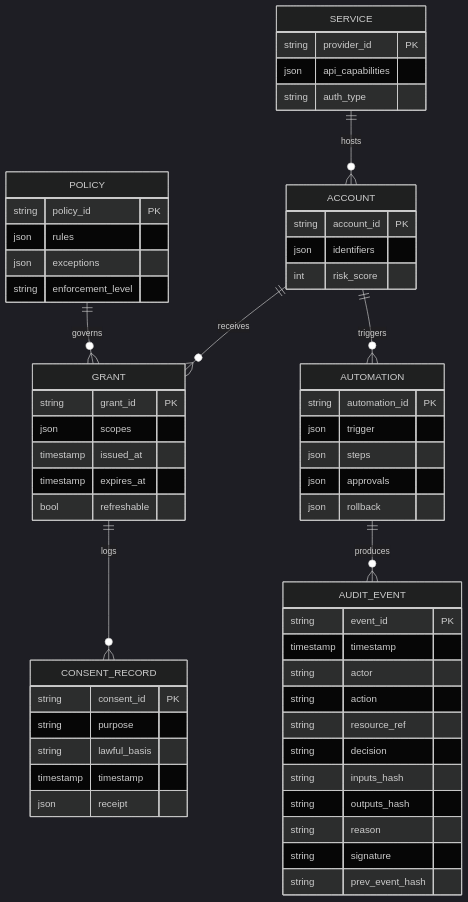
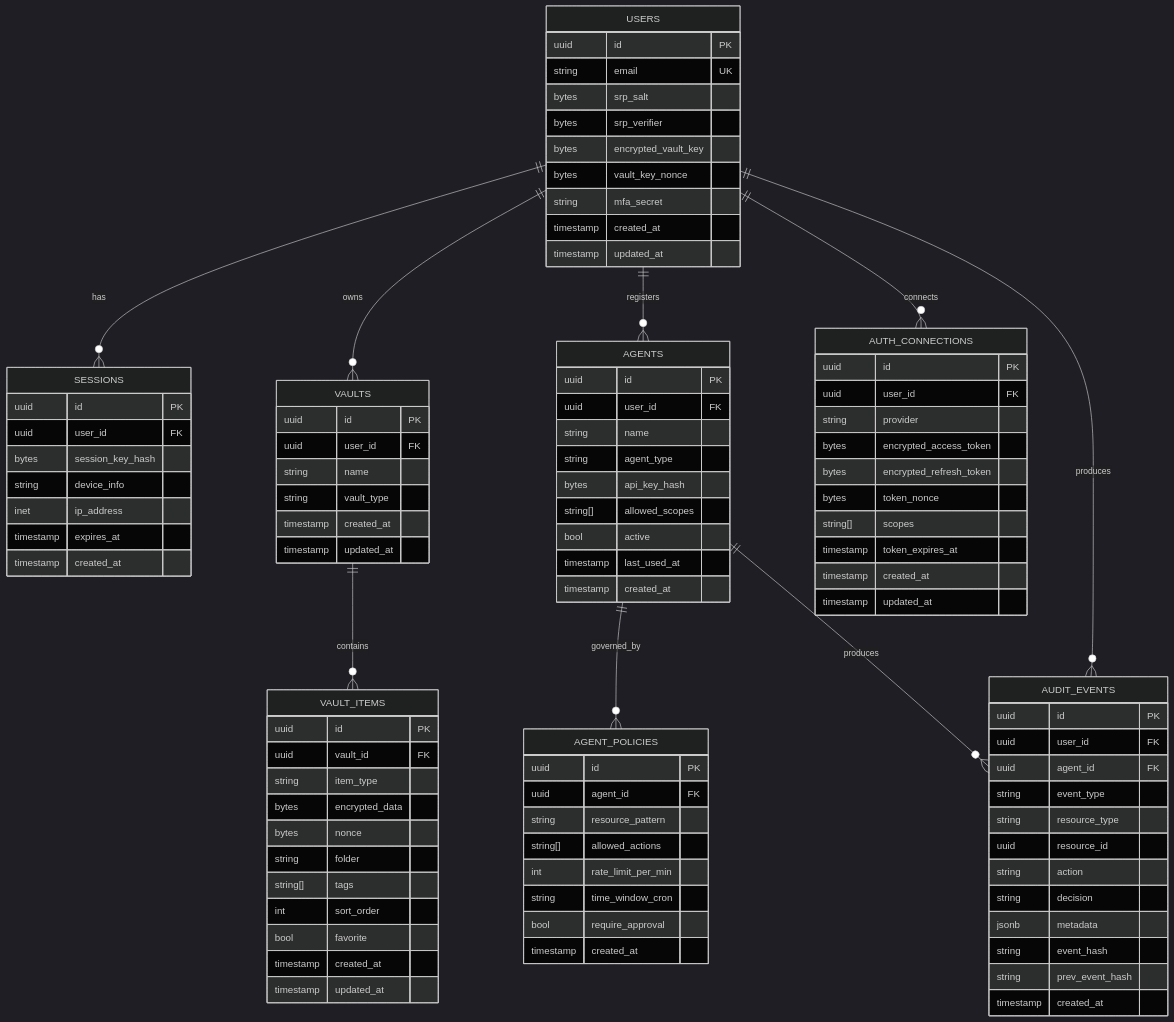
Before and after one commit to MARUCIE/authbox: the fourth of 5 diagrams in doc/00_project/initiative_10_auth_box/SYSTEM_ARCHITECTURE.md, drawn with Mermaid (dark theme). The commit also changed other lines of this file and 202 other files, not shown here.

First line of the commit message:
feat(arch): v2 zero-knowledge architecture with DDD layering

````diff
--- a/doc/00_project/initiative_10_auth_box/SYSTEM_ARCHITECTURE.md
+++ b/doc/00_project/initiative_10_auth_box/SYSTEM_ARCHITECTURE.md
@@ -74,60 +164,107 @@
 ```mermaid
 erDiagram
-    SERVICE ||--o{ ACCOUNT : "hosts"
-    ACCOUNT ||--o{ GRANT : "receives"
-    GRANT ||--o{ CONSENT_RECORD : "logs"
-    POLICY ||--o{ GRANT : "governs"
-    ACCOUNT ||--o{ AUTOMATION : "triggers"
-    AUTOMATION ||--o{ AUDIT_EVENT : "produces"
+    USERS ||--o{ SESSIONS : "has"
+    USERS ||--o{ VAULTS : "owns"
+    VAULTS ||--o{ VAULT_ITEMS : "contains"
+    USERS ||--o{ AGENTS : "registers"
+    AGENTS ||--o{ AGENT_POLICIES : "governed_by"
+    USERS ||--o{ AUTH_CONNECTIONS : "connects"
+    USERS ||--o{ AUDIT_EVENTS : "produces"
+    AGENTS ||--o{ AUDIT_EVENTS : "produces"
 
-    SERVICE {
-        string provider_id PK
-        json api_capabilities
-        string auth_type
+    USERS {
+        uuid id PK
+        string email UK
+        bytes srp_salt
+        bytes srp_verifier
+        bytes encrypted_vault_key
+        bytes vault_key_nonce
+        string mfa_secret
+        timestamp created_at
+        timestamp updated_at
     }
-    ACCOUNT {
-        string account_id PK
-        json identifiers
-        int risk_score
+
+    SESSIONS {
+        uuid id PK
+        uuid user_id FK
+        bytes session_key_hash
+        string device_info
+        inet ip_address
+        timestamp expires_at
+        timestamp created_at
     }
-    GRANT {
-        string grant_id PK
-        json scopes
-        timestamp issued_at
-        timestamp expires_at
-        bool refreshable
+
+    VAULTS {
+        uuid id PK
+        uuid user_id FK
+        string name
+        string vault_type
+        timestamp created_at
+        timestamp updated_at
     }
-    CONSENT_RECORD {
-        string consent_id PK
-        string purpose
-        string lawful_basis
-        timestamp timestamp
-        json receipt
+
+    VAULT_ITEMS {
+        uuid id PK
+        uuid vault_id FK
+        string item_type
+        bytes encrypted_data
+        bytes nonce
+        string folder
+        string[] tags
+        int sort_order
+        bool favorite
+        timestamp created_at
+        timestamp updated_at
     }
-    POLICY {
-        string policy_id PK
-        json rules
-        json exceptions
-        string enforcement_level
+
+    AGENTS {
+        uuid id PK
+        uuid user_id FK
+        string name
+        string agent_type
+        bytes api_key_hash
+        string[] allowed_scopes
+        bool active
+        timestamp last_used_at
+        timestamp created_at
     }
-    AUTOMATION {
-        string automation_id PK
-        json trigger
-        json steps
-        json approvals
-        json rollback
+
+    AGENT_POLICIES {
+        uuid id PK
+        uuid agent_id FK
+        string resource_pattern
+        string[] allowed_actions
+        int rate_limit_per_min
+        string time_window_cron
+        bool require_approval
+        timestamp created_at
     }
-    AUDIT_EVENT {
-        string event_id PK
-        timestamp timestamp
-        string actor
+
+    AUTH_CONNECTIONS {
+        uuid id PK
+        uuid user_id FK
+        string provider
+        bytes encrypted_access_token
+        bytes encrypted_refresh_token
+        bytes token_nonce
+        string[] scopes
+        timestamp token_expires_at
+        timestamp created_at
+        timestamp updated_at
+    }
+
+    AUDIT_EVENTS {
+        uuid id PK
+        uuid user_id FK
+        uuid agent_id FK
+        string event_type
+        string resource_type
+        uuid resource_id
         string action
-        string resource_ref
         string decision
-        string inputs_hash
-        string outputs_hash
-        string reason
-        string signature
+        jsonb metadata
+        string event_hash
         string prev_event_hash
+        timestamp created_at
     }
 ```
````
